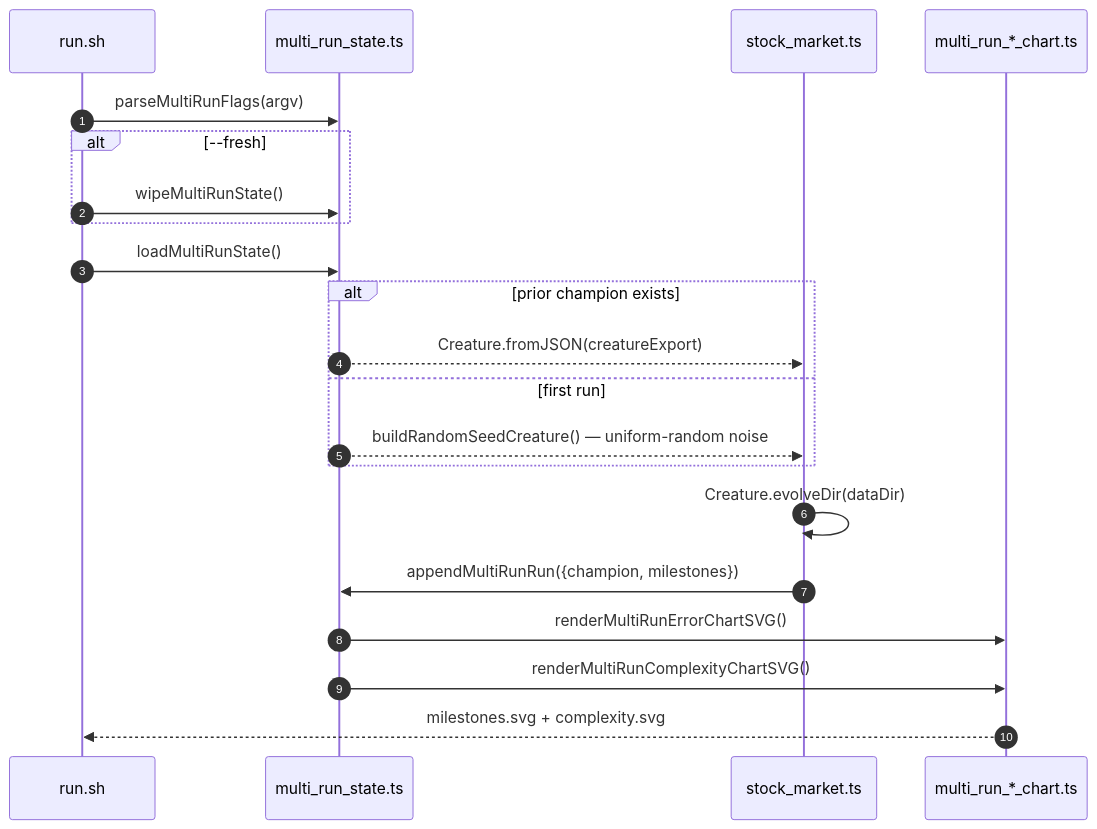
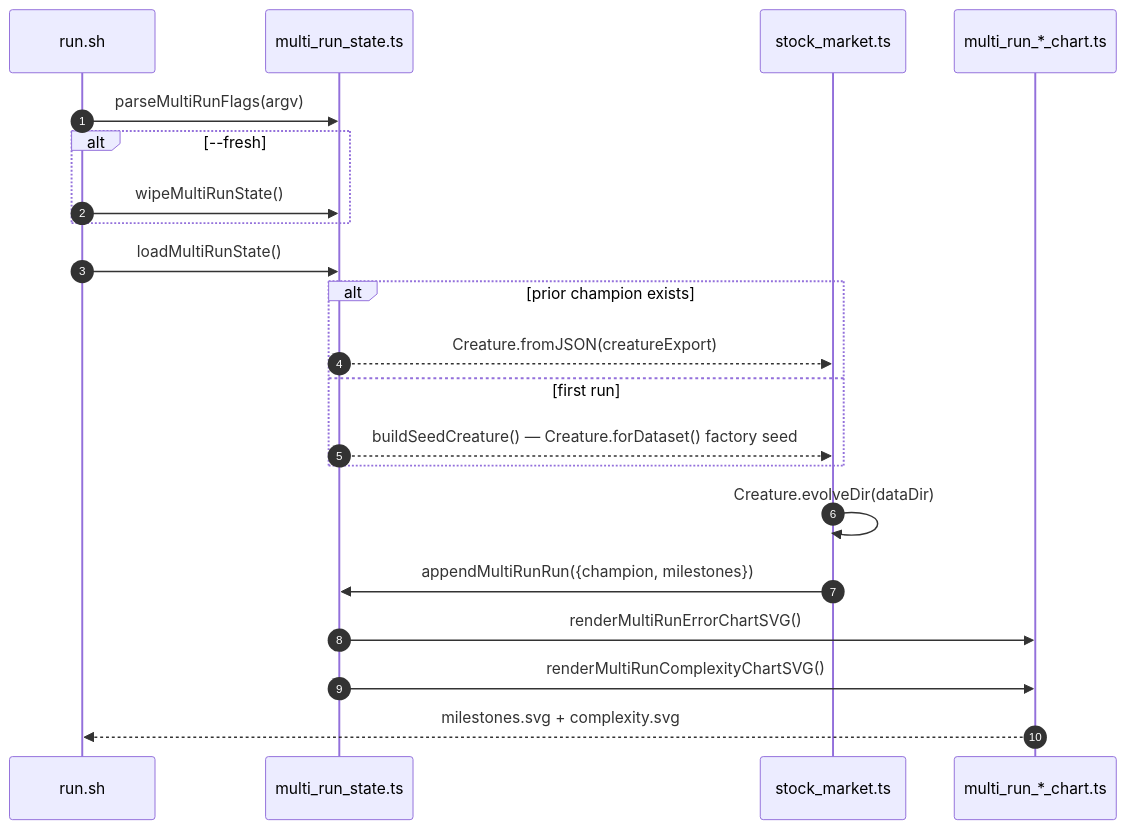
One commit to stSoftwareAU/NEAT-AI-Examples changed the fourth of 4 diagrams in stock_market/README.md. Above: the diagram before and after it, drawn with Mermaid. The commit also changed other lines of this file and 6 other files, not shown here.

First line of the commit message:
Stock Market: build the initial creature via the NEAT-AI factory (#519)

````diff
--- a/stock_market/README.md
+++ b/stock_market/README.md
@@ -268,23 +310,23 @@
 ```mermaid
 sequenceDiagram
     autonumber
     participant CLI as run.sh
     participant State as multi_run_state.ts
     participant Stock as stock_market.ts
     participant Charts as multi_run_*_chart.ts
     CLI->>State: parseMultiRunFlags(argv)
     alt --fresh
         CLI->>State: wipeMultiRunState()
     end
     CLI->>State: loadMultiRunState()
     alt prior champion exists
         State-->>Stock: Creature.fromJSON(creatureExport)
     else first run
-        State-->>Stock: buildRandomSeedCreature() — uniform-random noise
+        State-->>Stock: buildSeedCreature() — Creature.forDataset() factory seed
     end
     Stock->>Stock: Creature.evolveDir(dataDir)
     Stock->>State: appendMultiRunRun({champion, milestones})
     State->>Charts: renderMultiRunErrorChartSVG()
     State->>Charts: renderMultiRunComplexityChartSVG()
     Charts-->>CLI: milestones.svg + complexity.svg
 ```
````
